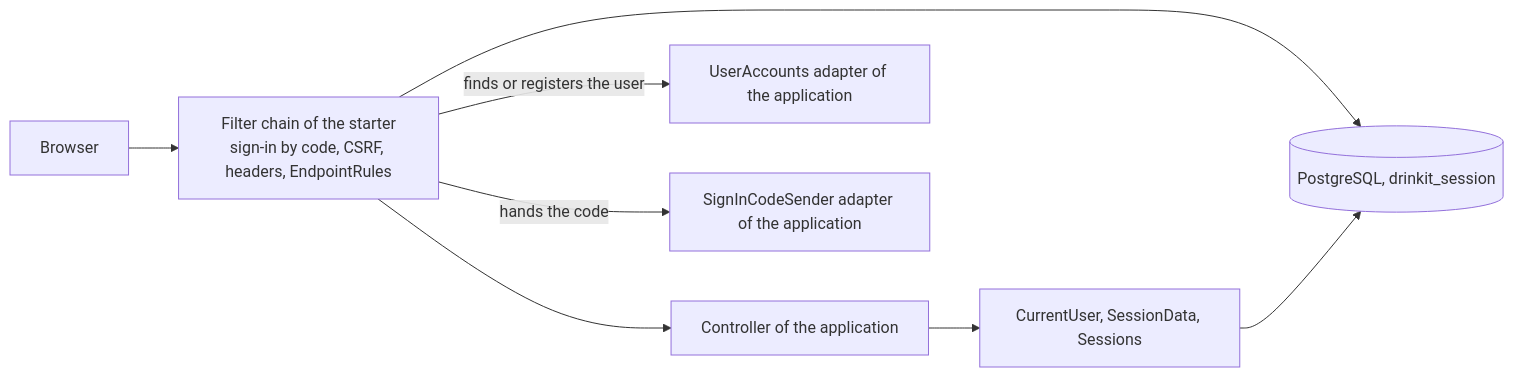
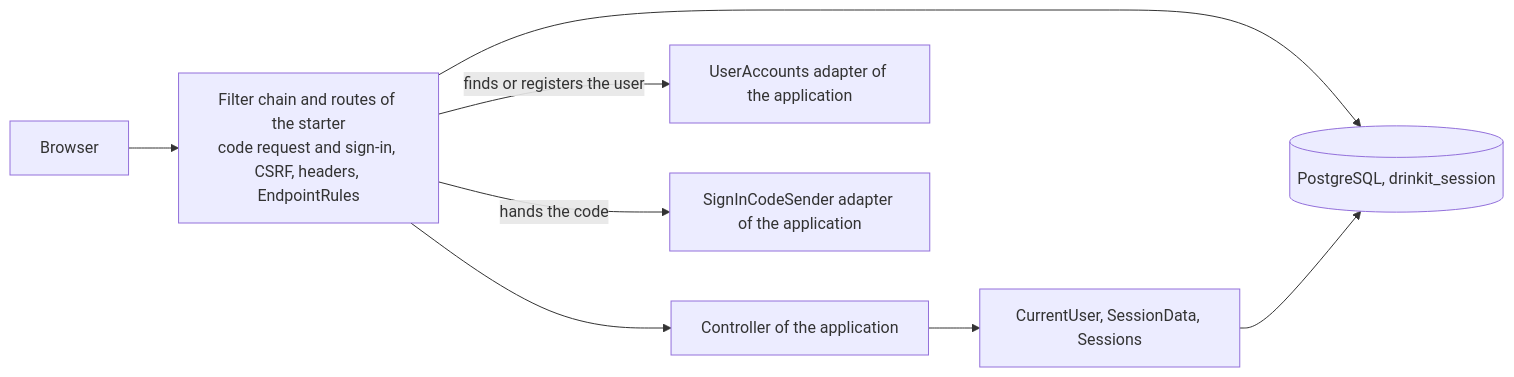
One commit to mboisnard/drinkit changed the first of 3 diagrams in tech-starters/backend/security-starter/README.md. Above: the diagram before and after it, drawn with Mermaid. The commit also changed other lines of this file and 20 other files, not shown here.

First line of the commit message:
[TECH-STARTER] Sign in with the email code as a plain route, and reach the application by direct calls only (#721)

````diff
--- a/tech-starters/backend/security-starter/README.md
+++ b/tech-starters/backend/security-starter/README.md
@@ -10,10 +10,10 @@
 ```mermaid
 flowchart LR
-    Browser --> Chain["Filter chain of the starter<br/>sign-in by code, CSRF, headers, EndpointRules"]
+    Browser --> Chain["Filter chain and routes of the starter<br/>code request and sign-in, CSRF, headers, EndpointRules"]
     Chain --> Controller[Controller of the application]
     Controller --> Api["CurrentUser, SessionData, Sessions"]
     Chain -->|finds or registers the user| Port[UserAccounts adapter of the application]
     Chain -->|hands the code| Sender[SignInCodeSender adapter of the application]
     Chain --> DB[(PostgreSQL, drinkit_session)]
     Api --> DB
 ```
````
